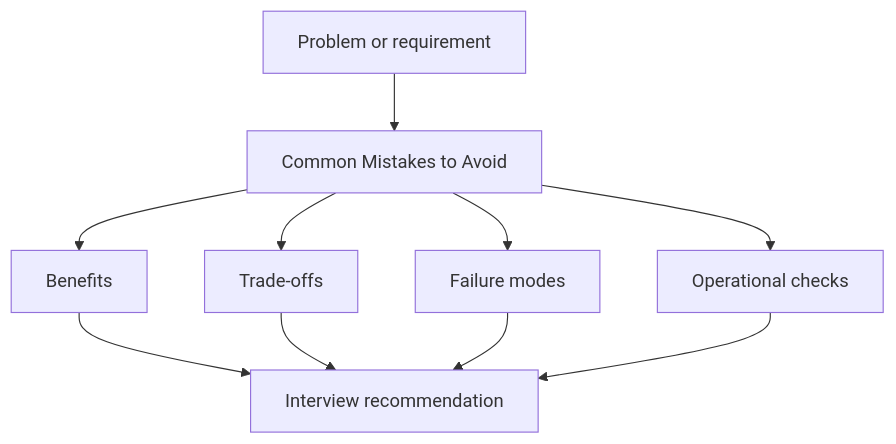
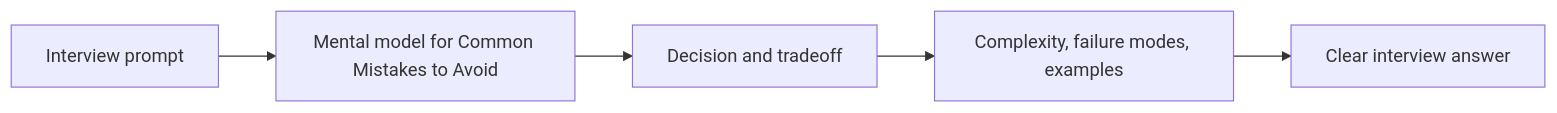
The diagram in interview-prep/common-mistakes.md (abstractinterviews/abstractinterviews.github.io), drawn with Mermaid before and after one commit. The commit also changed other lines of this file and 278 other files, not shown here.

````diff
--- a/interview-prep/common-mistakes.md
+++ b/interview-prep/common-mistakes.md
@@ -71,12 +63,7 @@
-~~~mermaid
-flowchart TD
-    Problem["Problem or requirement"] --> Concept["Common Mistakes to Avoid"]
-    Concept --> Benefits["Benefits"]
-    Concept --> Tradeoffs["Trade-offs"]
-    Concept --> FailureModes["Failure modes"]
-    Concept --> Operations["Operational checks"]
-    Benefits --> Decision["Interview recommendation"]
-    Tradeoffs --> Decision
-    FailureModes --> Decision
-    Operations --> Decision
-~~~
+```mermaid
+flowchart LR
+    Problem["Interview prompt"] --> Model["Mental model for Common Mistakes to Avoid"]
+    Model --> Choice["Decision and tradeoff"]
+    Choice --> Evidence["Complexity, failure modes, examples"]
+    Evidence --> Answer["Clear interview answer"]
+```
````
